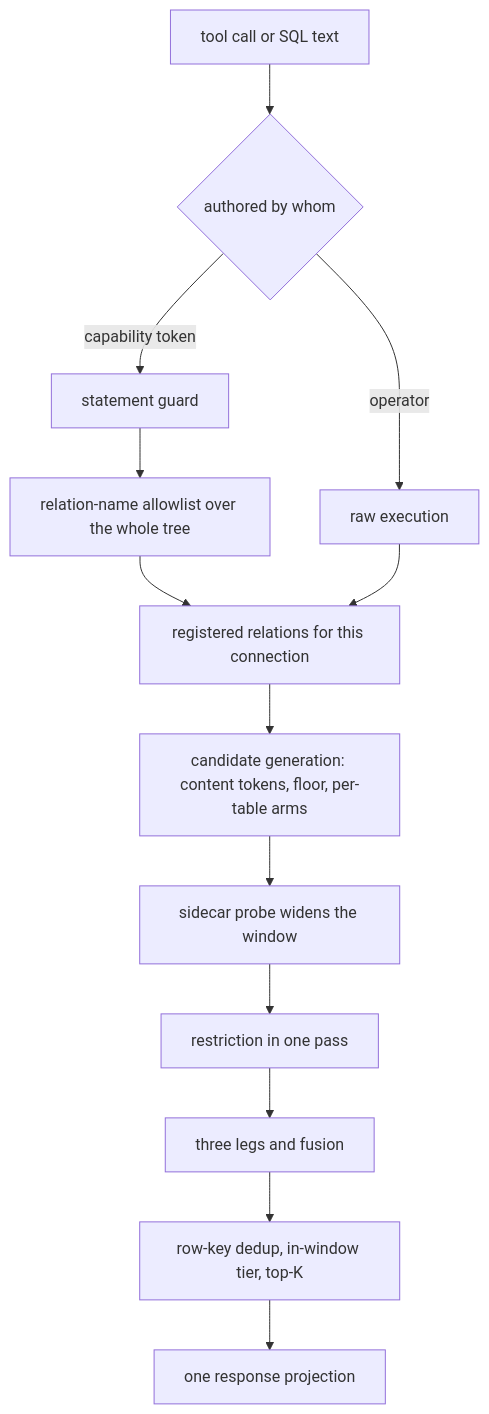
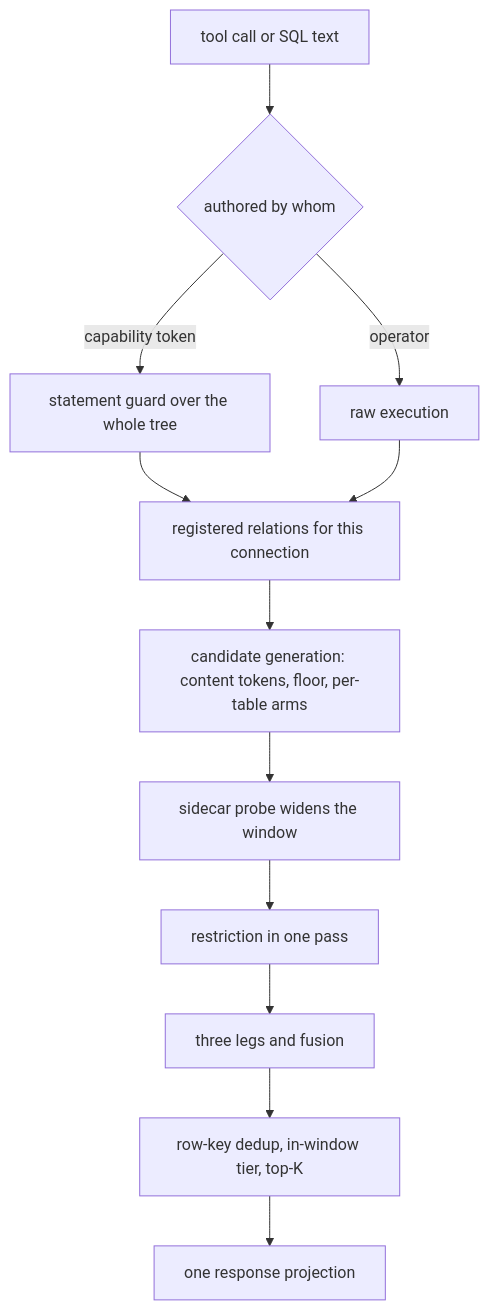
The diagram in spec/20-read.md (fractalboxdev/contextful), drawn with Mermaid before and after one commit. The commit also changed other lines of this file and 497 other files, not shown here.

````diff
--- a/spec/20-read.md
+++ b/spec/20-read.md
@@ -332,15 +230,14 @@
 ```mermaid
 flowchart TD
   A[tool call or SQL text] --> B{authored by whom}
-  B -- capability token --> C[statement guard]
+  B -- capability token --> C[statement guard over the whole tree]
   B -- operator --> D[raw execution]
-  C --> E[relation-name allowlist over the whole tree]
-  E --> F[registered relations for this connection]
+  C --> F[registered relations for this connection]
   D --> F
   F --> G[candidate generation: content tokens, floor, per-table arms]
   G --> H[sidecar probe widens the window]
   H --> I[restriction in one pass]
   I --> J[three legs and fusion]
   J --> K[row-key dedup, in-window tier, top-K]
   K --> L[one response projection]
 ```
````
